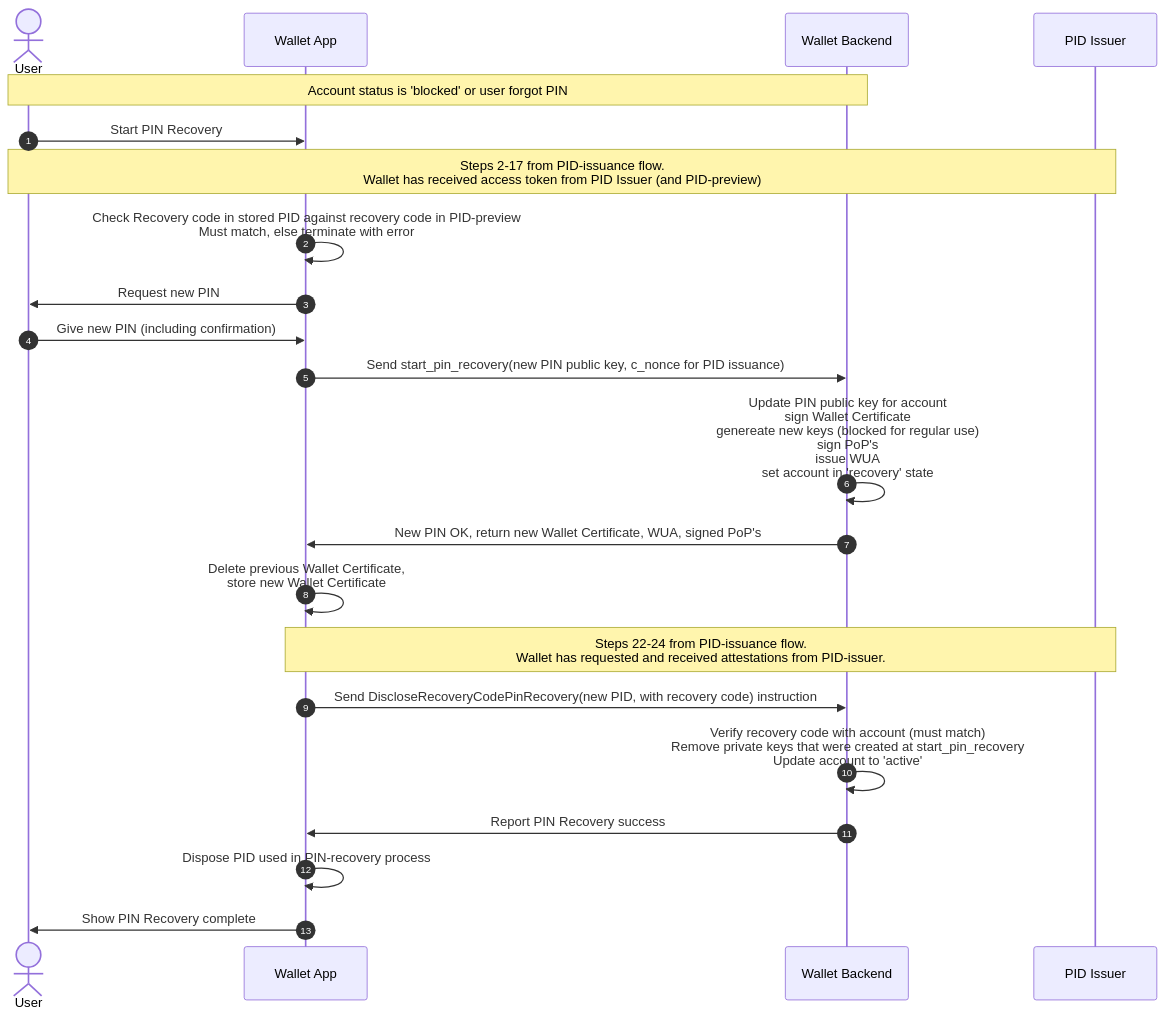
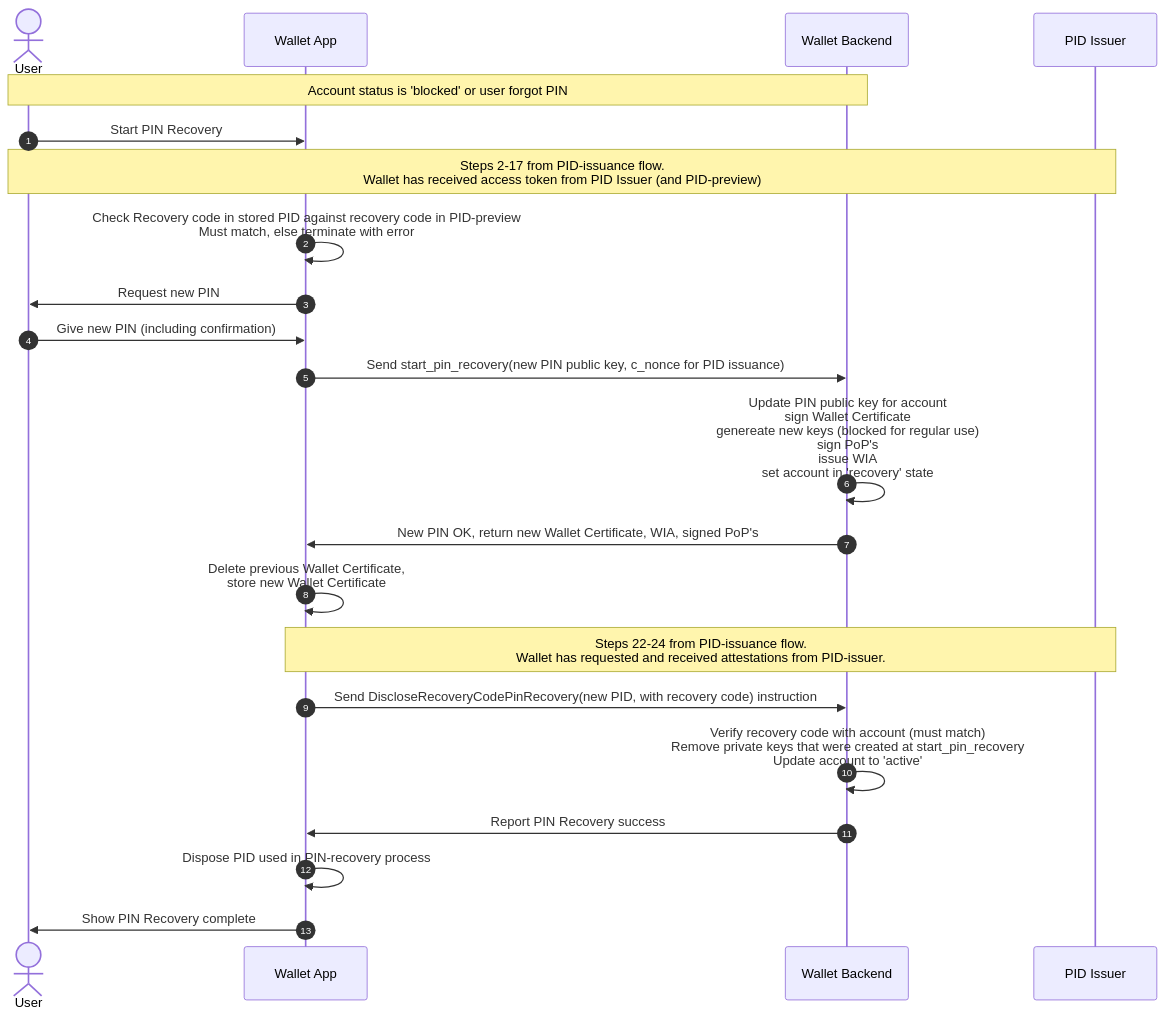
The first of 3 diagrams in wallet_docs/architecture/use-cases/recovery_usecases.md (MinBZK/nl-wallet), drawn with Mermaid before and after one commit. The commit also changed other lines of this file and 52 other files, not shown here.

First line of the commit message:
Rename WUA to WIA in source code and documentation

````diff
--- a/wallet_docs/architecture/use-cases/recovery_usecases.md
+++ b/wallet_docs/architecture/use-cases/recovery_usecases.md
@@ -44,25 +44,25 @@
 ```{mermaid}
 sequenceDiagram
     autonumber
     actor User as User
     participant Wallet as Wallet App
     participant WP as Wallet Backend
     participant PID as PID Issuer
     
     note over User, WP: Account status is 'blocked' or user forgot PIN 
     User ->> Wallet : Start PIN Recovery 
     note over User, PID:Steps 2-17 from PID-issuance flow. <br/> Wallet has received access token from PID Issuer (and PID-preview)
     Wallet ->> Wallet: Check Recovery code in stored PID against recovery code in PID-preview<br/>Must match, else terminate with error
     Wallet ->> User: Request new PIN
     User ->> Wallet: Give new PIN (including confirmation)
     Wallet ->> WP: Send start_pin_recovery(new PIN public key, c_nonce for PID issuance)
-    WP ->> WP: Update PIN public key for account<br/> sign Wallet Certificate<br/>genereate new keys (blocked for regular use)<br/> sign PoP's<br/> issue WUA<br/>set account in 'recovery' state
-    WP ->> Wallet: New PIN OK, return new Wallet Certificate, WUA, signed PoP's
+    WP ->> WP: Update PIN public key for account<br/> sign Wallet Certificate<br/>genereate new keys (blocked for regular use)<br/> sign PoP's<br/> issue WIA<br/>set account in 'recovery' state
+    WP ->> Wallet: New PIN OK, return new Wallet Certificate, WIA, signed PoP's
     Wallet ->> Wallet: Delete previous Wallet Certificate,<br/> store new Wallet Certificate    
     note over Wallet, PID: Steps 22-24 from PID-issuance flow. <br/> Wallet has requested and received attestations from PID-issuer. 
     Wallet ->> WP: Send DiscloseRecoveryCodePinRecovery(new PID, with recovery code) instruction
     WP ->> WP: Verify recovery code with account (must match)<br/>Remove private keys that were created at start_pin_recovery<br/>Update account to 'active'
     WP ->> Wallet: Report PIN Recovery success
     Wallet ->> Wallet: Dispose PID used in PIN-recovery process
     Wallet ->> User: Show PIN Recovery complete
 ```
````
